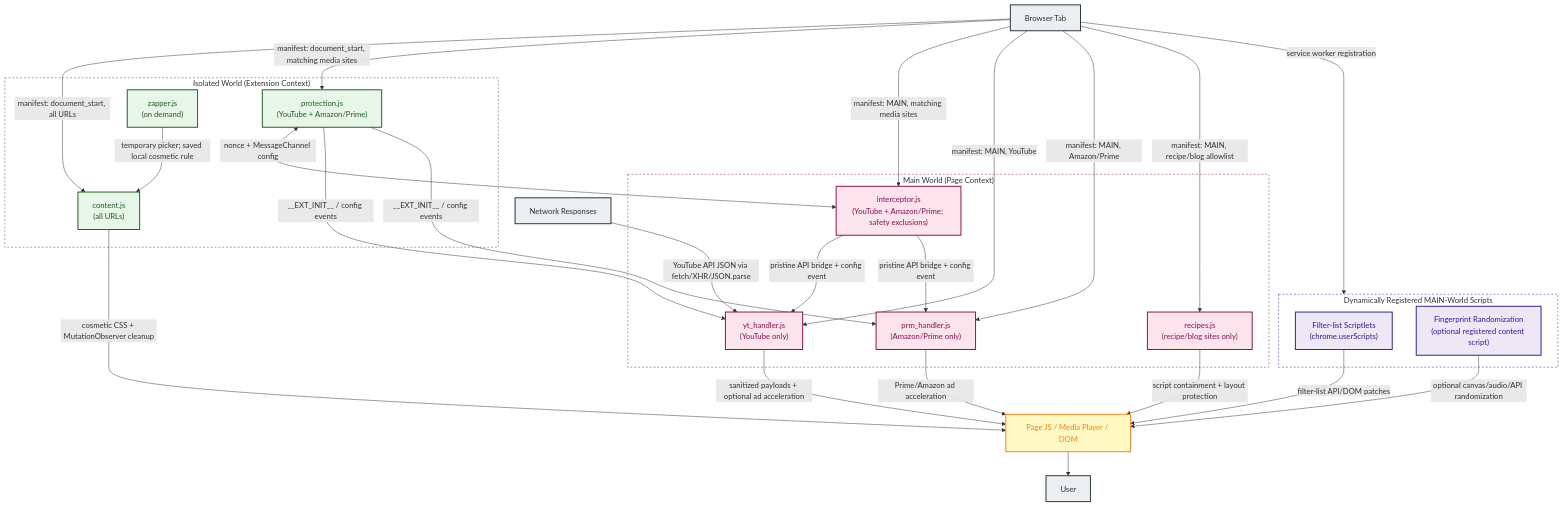
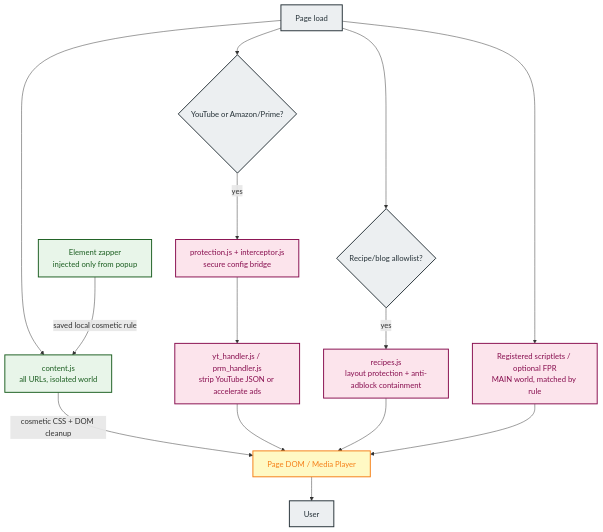
The first of 2 diagrams in README.md (Dabrogost/Chroma-Ad-Blocker), drawn with Mermaid before and after one commit. The commit also changed other lines of this file, not shown here.

Commit message:
docs: simplify browser tab and service worker architecture diagrams in README.md

````diff
--- a/README.md
+++ b/README.md
@@ -34,60 +34,30 @@
 ```mermaid
 graph TD
-    classDef main      fill:#fce4ec,color:#880e4f,stroke:#880e4f,stroke-width:2px
-    classDef isolated  fill:#e8f5e9,color:#1b5e20,stroke:#1b5e20,stroke-width:2px
-    classDef dom       fill:#fff9c4,color:#f57f17,stroke:#f57f17,stroke-width:2px
-    classDef actor     fill:#eceff1,color:#263238,stroke:#263238,stroke-width:2px
-    classDef registry  fill:#ede7f6,color:#311b92,stroke:#311b92,stroke-width:2px
+    classDef ext fill:#e8f5e9,color:#1b5e20,stroke:#1b5e20,stroke-width:2px
+    classDef main fill:#fce4ec,color:#880e4f,stroke:#880e4f,stroke-width:2px
+    classDef page fill:#fff9c4,color:#f57f17,stroke:#f57f17,stroke-width:2px
+    classDef actor fill:#eceff1,color:#263238,stroke:#263238,stroke-width:2px
 
-    TAB["Browser Tab"]:::actor
-    NET["Network Responses"]:::actor
-    PAGE["Page JS / Media Player / DOM"]:::dom
+    LOAD["Page load"]:::actor
+    PAGE["Page DOM / Media Player"]:::page
     USER["User"]:::actor
 
-    subgraph MW["Main World (Page Context)"]
-        INTERCEPT["interceptor.js<br/>(YouTube + Amazon/Prime; safety exclusions)"]:::main
-        YT_H["yt_handler.js<br/>(YouTube only)"]:::main
-        PRM_H["prm_handler.js<br/>(Amazon/Prime only)"]:::main
-        RECIPES["recipes.js<br/>(recipe/blog sites only)"]:::main
-    end
+    LOAD --> CONTENT["content.js<br/>all URLs, isolated world"]:::ext
+    CONTENT -->|"cosmetic CSS + DOM cleanup"| PAGE
 
-    subgraph IW["Isolated World (Extension Context)"]
-        CONT["content.js<br/>(all URLs)"]:::isolated
-        PROT["protection.js<br/>(YouTube + Amazon/Prime)"]:::isolated
-        ZAP["zapper.js<br/>(on demand)"]:::isolated
-    end
+    LOAD --> MEDIA{"YouTube or Amazon/Prime?"}:::actor
+    MEDIA -->|"yes"| BRIDGE["protection.js + interceptor.js<br/>secure config bridge"]:::main
+    BRIDGE --> HANDLERS["yt_handler.js / prm_handler.js<br/>strip YouTube JSON or accelerate ads"]:::main
+    HANDLERS --> PAGE
 
-    subgraph REG["Dynamically Registered MAIN-World Scripts"]
-        SCRIPTS["Filter-list Scriptlets<br/>(chrome.userScripts)"]:::registry
-        FPR["Fingerprint Randomization<br/>(optional registered content script)"]:::registry
-    end
+    LOAD --> RECIPES{"Recipe/blog allowlist?"}:::actor
+    RECIPES -->|"yes"| RECIPE["recipes.js<br/>layout protection + anti-adblock containment"]:::main
+    RECIPE --> PAGE
 
-    TAB -->|"manifest: document_start, all URLs"| CONT
-    TAB -->|"manifest: document_start, matching media sites"| PROT
-    TAB -->|"manifest: MAIN, matching media sites"| INTERCEPT
-    TAB -->|"manifest: MAIN, YouTube"| YT_H
-    TAB -->|"manifest: MAIN, Amazon/Prime"| PRM_H
-    TAB -->|"manifest: MAIN, recipe/blog allowlist"| RECIPES
-    TAB -->|"service worker registration"| REG
+    LOAD --> SCRIPTLETS["Registered scriptlets / optional FPR<br/>MAIN world, matched by rule"]:::main
+    SCRIPTLETS --> PAGE
 
-    PROT <-->|"nonce + MessageChannel config"| INTERCEPT
-    PROT -->|"__EXT_INIT__ / config events"| YT_H
-    PROT -->|"__EXT_INIT__ / config events"| PRM_H
-    INTERCEPT -->|"pristine API bridge + config event"| YT_H
-    INTERCEPT -->|"pristine API bridge + config event"| PRM_H
-
-    NET -->|"YouTube API JSON via fetch/XHR/JSON.parse"| YT_H
-    YT_H -->|"sanitized payloads + optional ad acceleration"| PAGE
-    PRM_H -->|"Prime/Amazon ad acceleration"| PAGE
-    RECIPES -->|"script containment + layout protection"| PAGE
-    CONT -->|"cosmetic CSS + MutationObserver cleanup"| PAGE
-    ZAP -->|"temporary picker; saved local cosmetic rule"| CONT
-    SCRIPTS -->|"filter-list API/DOM patches"| PAGE
-    FPR -->|"optional canvas/audio/API randomization"| PAGE
+    ZAP["Element zapper<br/>injected only from popup"]:::ext -->|"saved local cosmetic rule"| CONTENT
 
     PAGE --> USER
-
-    style MW fill:none,stroke:#880e4f,stroke-width:1px,stroke-dasharray:4
-    style IW fill:none,stroke:#1b5e20,stroke-width:1px,stroke-dasharray:4
-    style REG fill:none,stroke:#311b92,stroke-width:1px,stroke-dasharray:4
 ```
````
